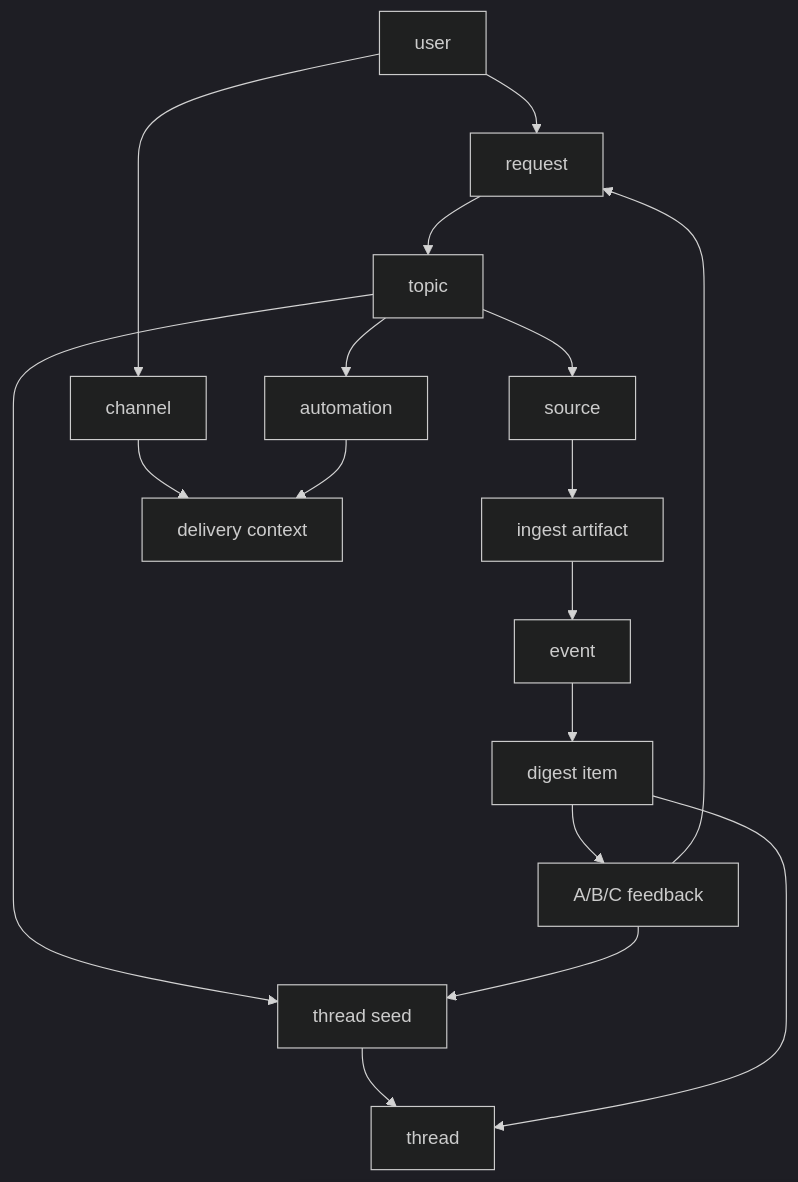
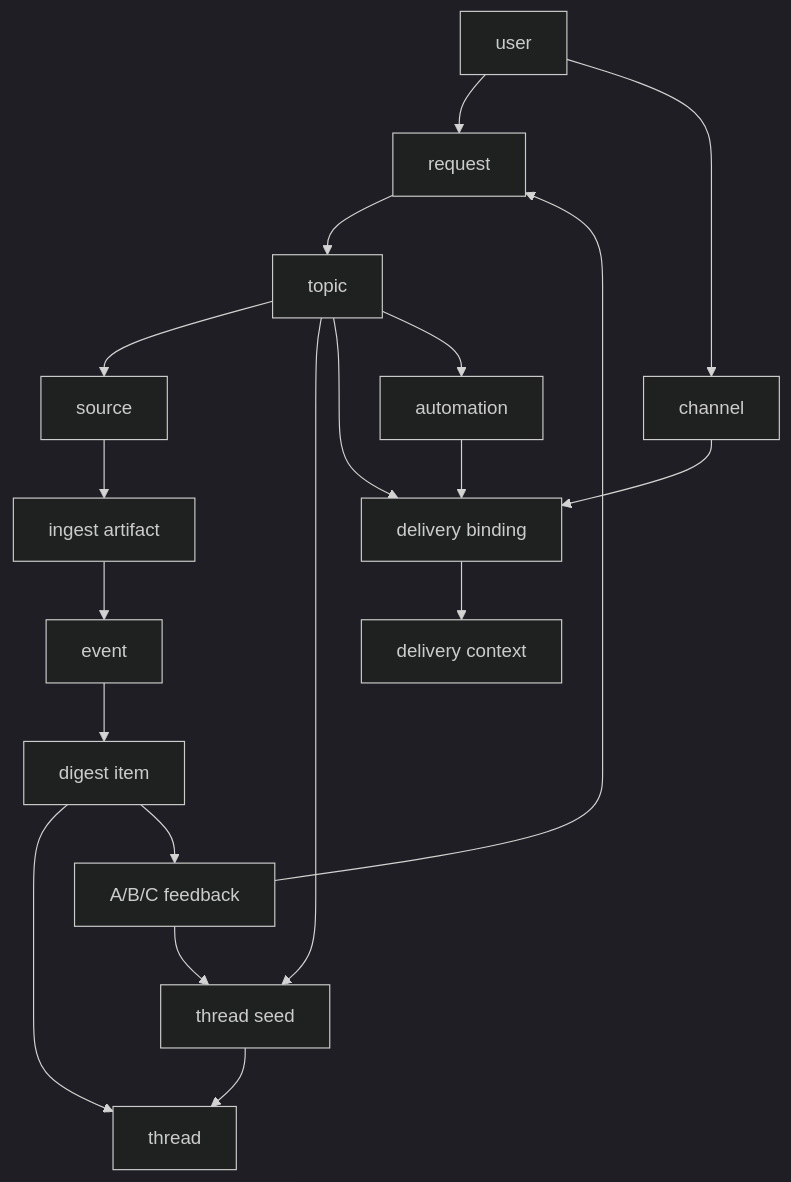
The diagram in docs/domain-model.md (Arcadia822/skrya), drawn with Mermaid (dark theme) before and after one commit. The commit also changed other lines of this file and 39 other files, not shown here.

Commit message:
Add digest template and delivery binding contracts

````diff
--- a/docs/domain-model.md
+++ b/docs/domain-model.md
@@ -47,19 +48,21 @@
 ```mermaid
 flowchart TD
   User["user"] --> Request["request"]
   User --> Channel["channel"]
   Request --> Topic["topic"]
   Topic --> Source["source"]
   Topic --> ThreadSeed["thread seed"]
+  Topic --> DeliveryBinding["delivery binding"]
   Source --> Ingest["ingest artifact"]
   Ingest --> Event["event"]
   Event --> DigestItem["digest item"]
   ThreadSeed --> Thread["thread"]
   DigestItem --> Thread
   Topic --> Automation["automation"]
-  Channel --> Delivery["delivery context"]
-  Automation --> Delivery
+  Channel --> DeliveryBinding
+  Automation --> DeliveryBinding
+  DeliveryBinding --> Delivery["delivery context"]
   DigestItem --> Feedback["A/B/C feedback"]
   Feedback --> Request
   Feedback --> ThreadSeed
 ```
````
